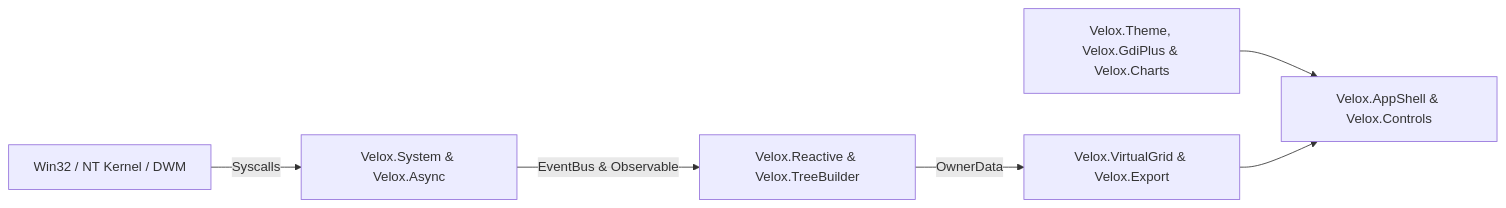
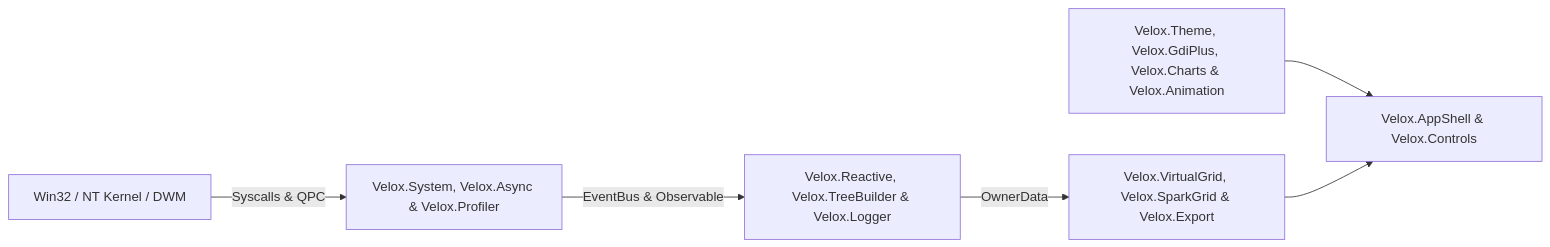
Before and after one commit to amafjarkasi/velox-ui: the first of 2 diagrams in README.md, drawn with Mermaid. The commit also changed other lines of this file and 14 other files, not shown here.

````diff
--- a/README.md
+++ b/README.md
@@ -203,8 +121,8 @@
 ```mermaid
 flowchart LR
-    OS["Win32 / NT Kernel / DWM"] -->|"Syscalls"| SYS["Velox.System & Velox.Async"]
-    SYS -->|"EventBus & Observable<T>"| VM["Velox.Reactive & Velox.TreeBuilder<T>"]
-    VM -->|"OwnerData"| GRID["Velox.VirtualGrid<T> & Velox.Export"]
-    THEME["Velox.Theme, Velox.GdiPlus & Velox.Charts"] --> SHELL["Velox.AppShell & Velox.Controls"]
+    OS["Win32 / NT Kernel / DWM"] -->|"Syscalls & QPC"| SYS["Velox.System, Velox.Async & Velox.Profiler"]
+    SYS -->|"EventBus & Observable<T>"| VM["Velox.Reactive, Velox.TreeBuilder<T> & Velox.Logger"]
+    VM -->|"OwnerData"| GRID["Velox.VirtualGrid<T>, Velox.SparkGrid & Velox.Export"]
+    THEME["Velox.Theme, Velox.GdiPlus, Velox.Charts & Velox.Animation"] --> SHELL["Velox.AppShell & Velox.Controls"]
     GRID --> SHELL
 ```
````
